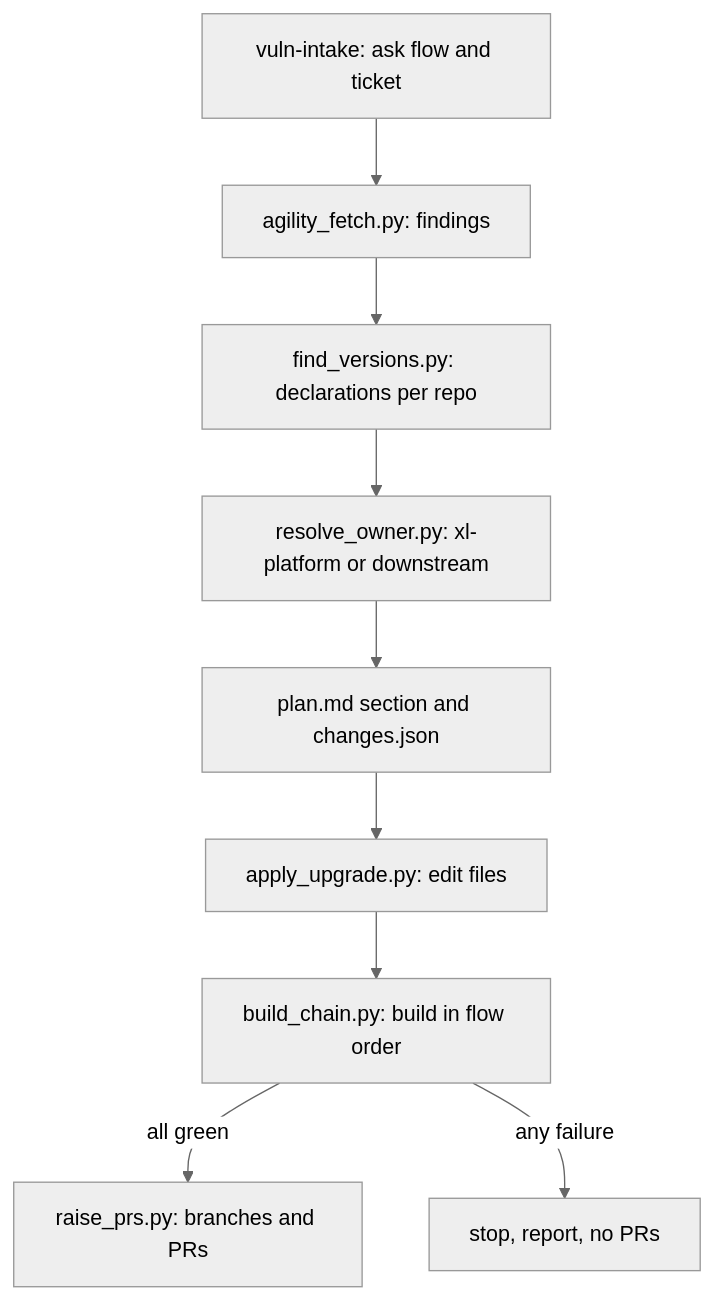
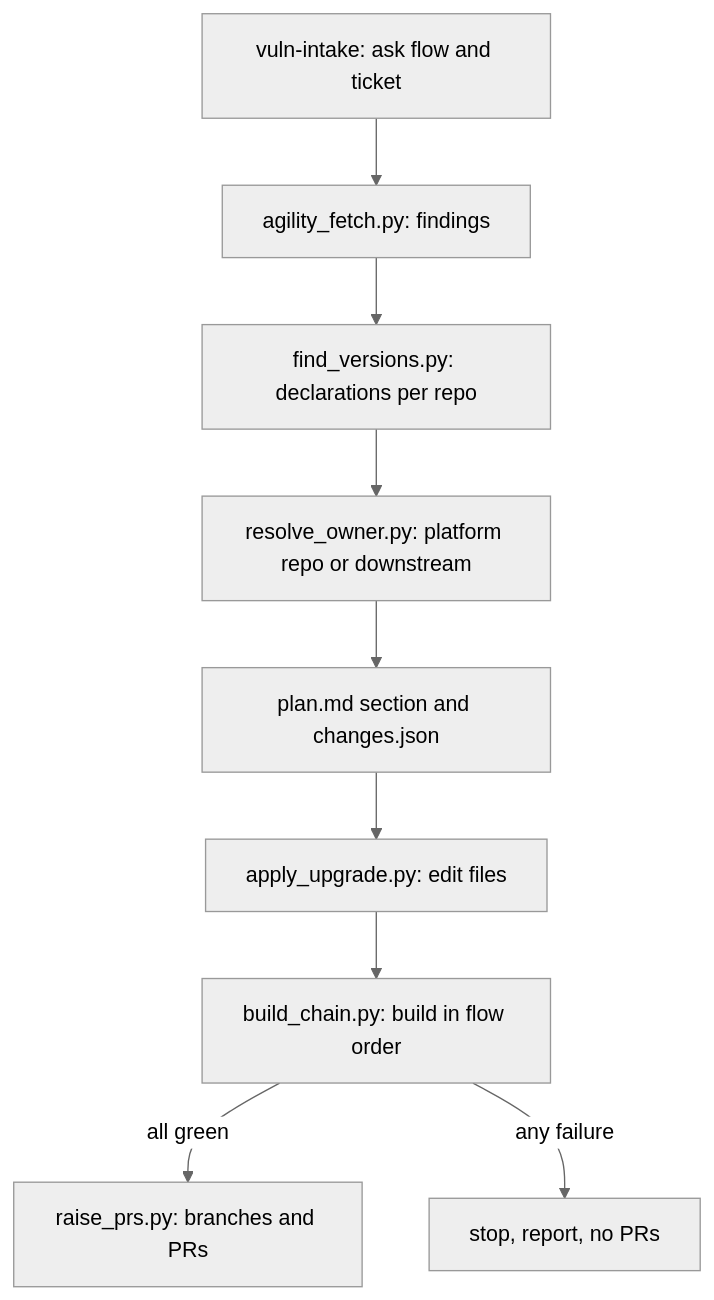
The diagram in docs/specs/engineering-vulnerability-upgrade-spec.md (nitheshrayuduv/sdlc-skills), drawn with Mermaid (neutral theme) before and after one commit. The commit also changed other lines of this file and 19 other files, not shown here.

First line of the commit message:
Remove company-specific names and make the vulnerability flow generic (#2)

````diff
--- a/docs/specs/engineering-vulnerability-upgrade-spec.md
+++ b/docs/specs/engineering-vulnerability-upgrade-spec.md
@@ -99,11 +99,11 @@
 ```mermaid
 flowchart TD
   A["vuln-intake: ask flow and ticket"] --> B["agility_fetch.py: findings"]
   B --> C["find_versions.py: declarations per repo"]
-  C --> D["resolve_owner.py: xl-platform or downstream"]
+  C --> D["resolve_owner.py: platform repo or downstream"]
   D --> E["plan.md section and changes.json"]
   E --> F["apply_upgrade.py: edit files"]
   F --> G["build_chain.py: build in flow order"]
   G -->|all green| H["raise_prs.py: branches and PRs"]
   G -->|any failure| I["stop, report, no PRs"]
 ```
````
